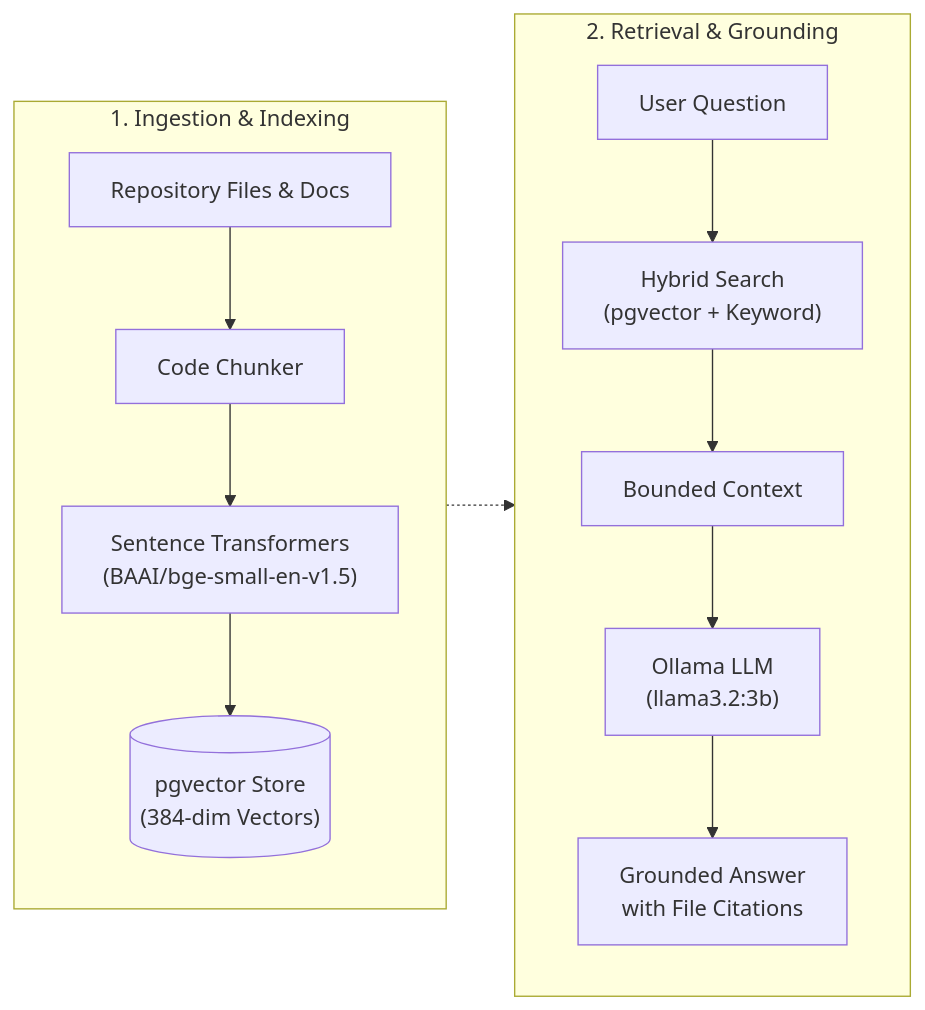
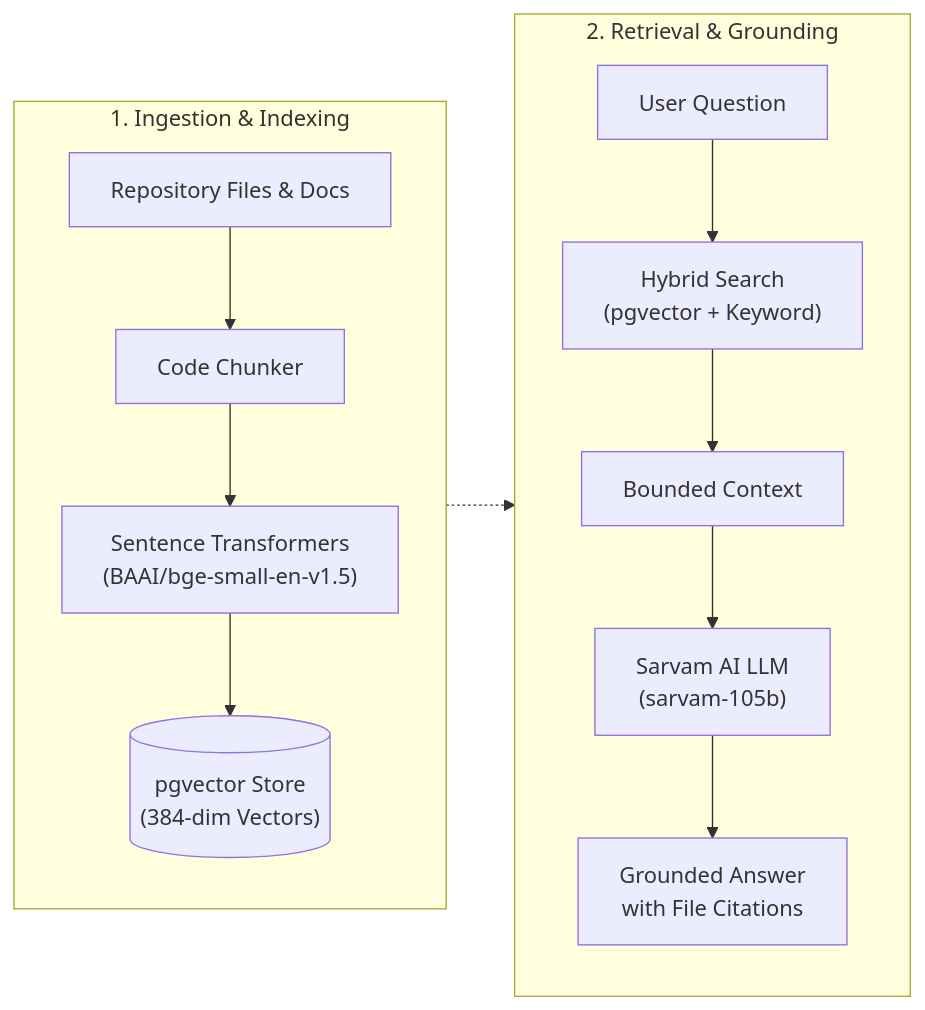
One commit to nikitaa-sharma/OpenCopilot changed the third of 4 diagrams in README.md. Above: the diagram before and after it, drawn with Mermaid. The commit also changed other lines of this file and 37 other files, not shown here.

````diff
--- a/README.md
+++ b/README.md
@@ -106,18 +116,18 @@
 ```mermaid
 flowchart LR
     subgraph Ingestion["1. Ingestion & Indexing"]
         direction TB
         Code["Repository Files & Docs"] --> Chunker["Code Chunker"]
         Chunker --> Embedder["Sentence Transformers\n(BAAI/bge-small-en-v1.5)"]
         Embedder --> VectorDB[("pgvector Store\n(384-dim Vectors)")]
     end
 
     subgraph Query["2. Retrieval & Grounding"]
         direction TB
         Question["User Question"] --> Retrieval["Hybrid Search\n(pgvector + Keyword)"]
         VectorDB -.-> Retrieval
         Retrieval --> Context["Bounded Context"]
-        Context --> LLM["Ollama LLM\n(llama3.2:3b)"]
+        Context --> LLM["Sarvam AI LLM\n(sarvam-105b)"]
         LLM --> Answer["Grounded Answer\nwith File Citations"]
     end
 ```
````
